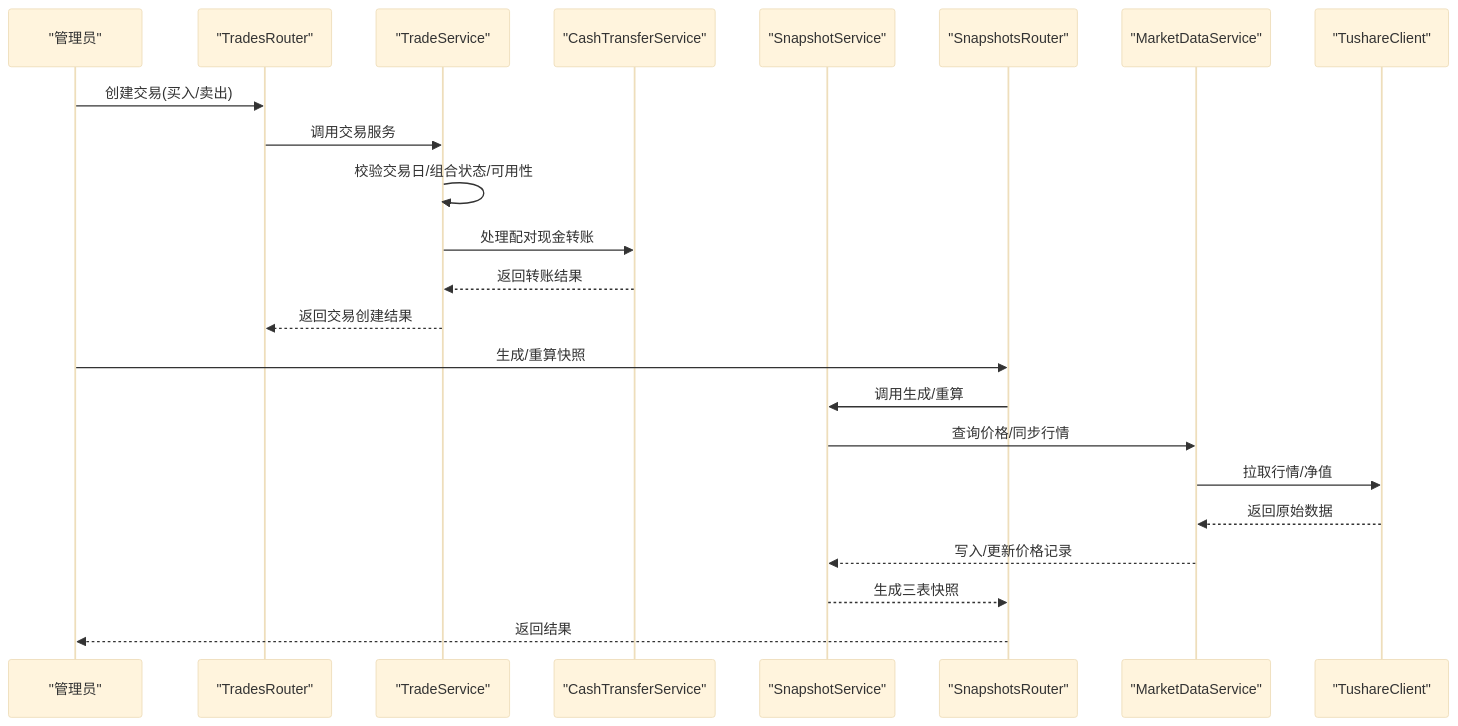
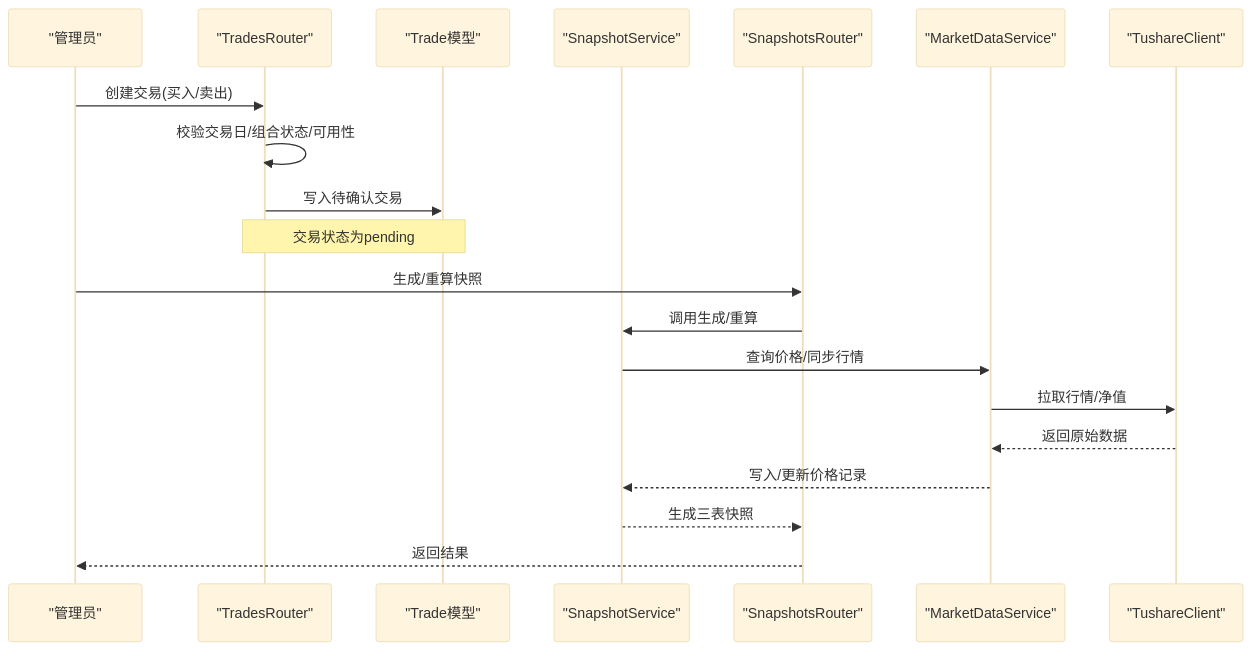
The second of 9 diagrams in .qoder/repowiki/zh/content/核心业务功能/核心业务功能.md (gujialind/InvestRing), drawn with Mermaid (base theme) before and after one commit. The commit also changed other lines of this file and 65 other files, not shown here.

````diff
--- a/.qoder/repowiki/zh/content/核心业务功能/核心业务功能.md
+++ b/.qoder/repowiki/zh/content/核心业务功能/核心业务功能.md
@@ -348,25 +147,22 @@
 ```mermaid
 sequenceDiagram
 participant Admin as "管理员"
 participant API as "TradesRouter"
-participant TradeSvc as "TradeService"
-participant CashSvc as "CashTransferService"
+participant Trade as "Trade模型"
 participant SnapSvc as "SnapshotService"
 participant SnapAPI as "SnapshotsRouter"
 participant Market as "MarketDataService"
 participant Tushare as "TushareClient"
 Admin->>API : 创建交易(买入/卖出)
-API->>TradeSvc : 调用交易服务
-TradeSvc->>TradeSvc : 校验交易日/组合状态/可用性
-TradeSvc->>CashSvc : 处理配对现金转账
-CashSvc-->>TradeSvc : 返回转账结果
-TradeSvc-->>API : 返回交易创建结果
+API->>API : 校验交易日/组合状态/可用性
+API->>Trade : 写入待确认交易
+Note over API,Trade : 交易状态为pending
 Admin->>SnapAPI : 生成/重算快照
 SnapAPI->>SnapSvc : 调用生成/重算
 SnapSvc->>Market : 查询价格/同步行情
 Market->>Tushare : 拉取行情/净值
 Tushare-->>Market : 返回原始数据
 Market-->>SnapSvc : 写入/更新价格记录
 SnapSvc-->>SnapAPI : 生成三表快照
 SnapAPI-->>Admin : 返回结果
 ```
````
